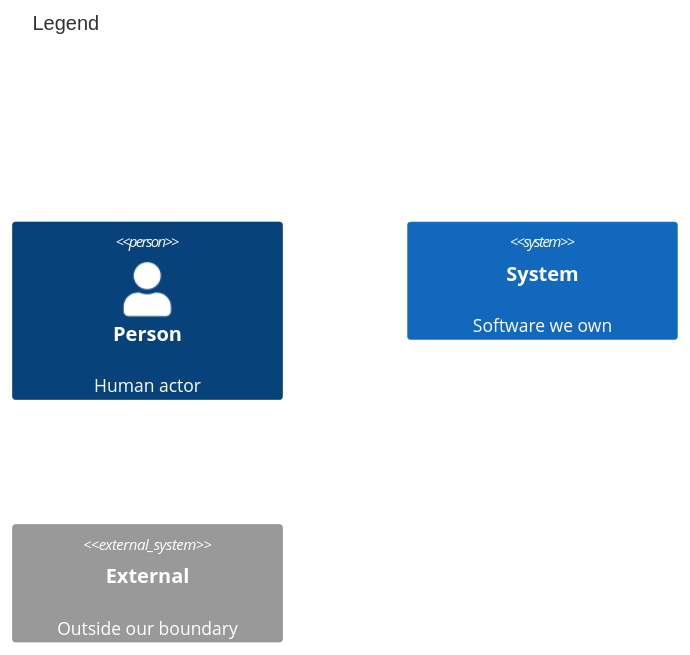
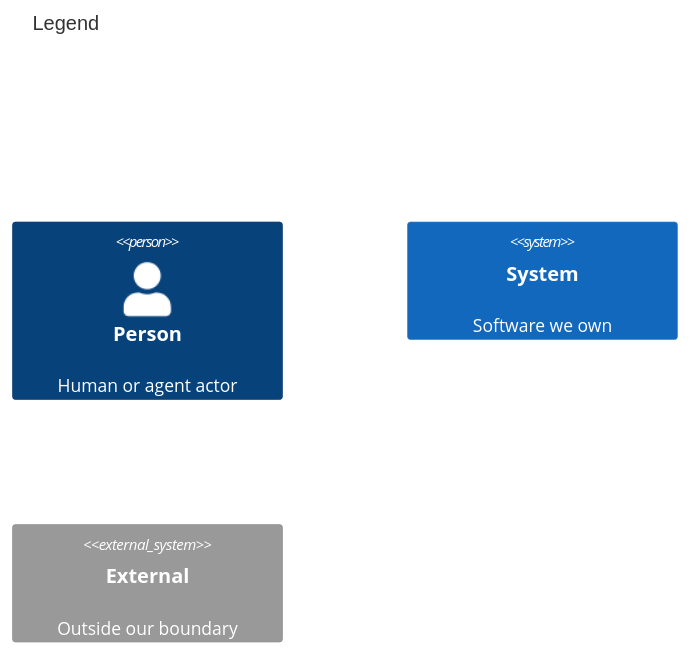
Before and after one commit to may-journal/Stratum-Observability: the second of 2 diagrams in docs/architecture/01-system-context.md, drawn with Mermaid. The commit also changed 9 other files, not shown here.

First line of the commit message:
docs(architecture): conform the five views to fitness-runner's templates

````diff
--- a/docs/architecture/01-system-context.md
+++ b/docs/architecture/01-system-context.md
@@ -29,8 +29,8 @@
 ```mermaid
 C4Context
     title Legend
 
-    Person(p, "Person", "Human actor")
+    Person(p, "Person", "Human or agent actor")
     System(s, "System", "Software we own")
     System_Ext(e, "External", "Outside our boundary")
 ```
````
